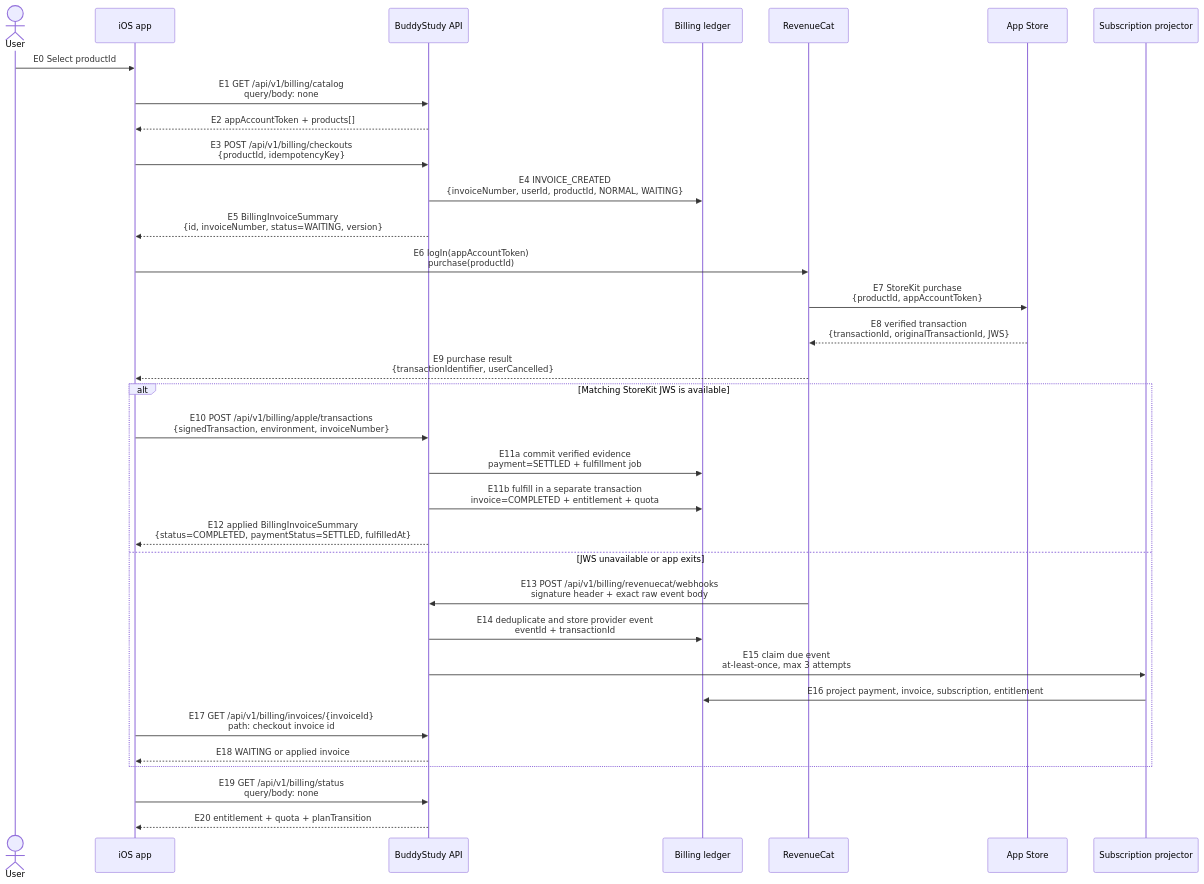
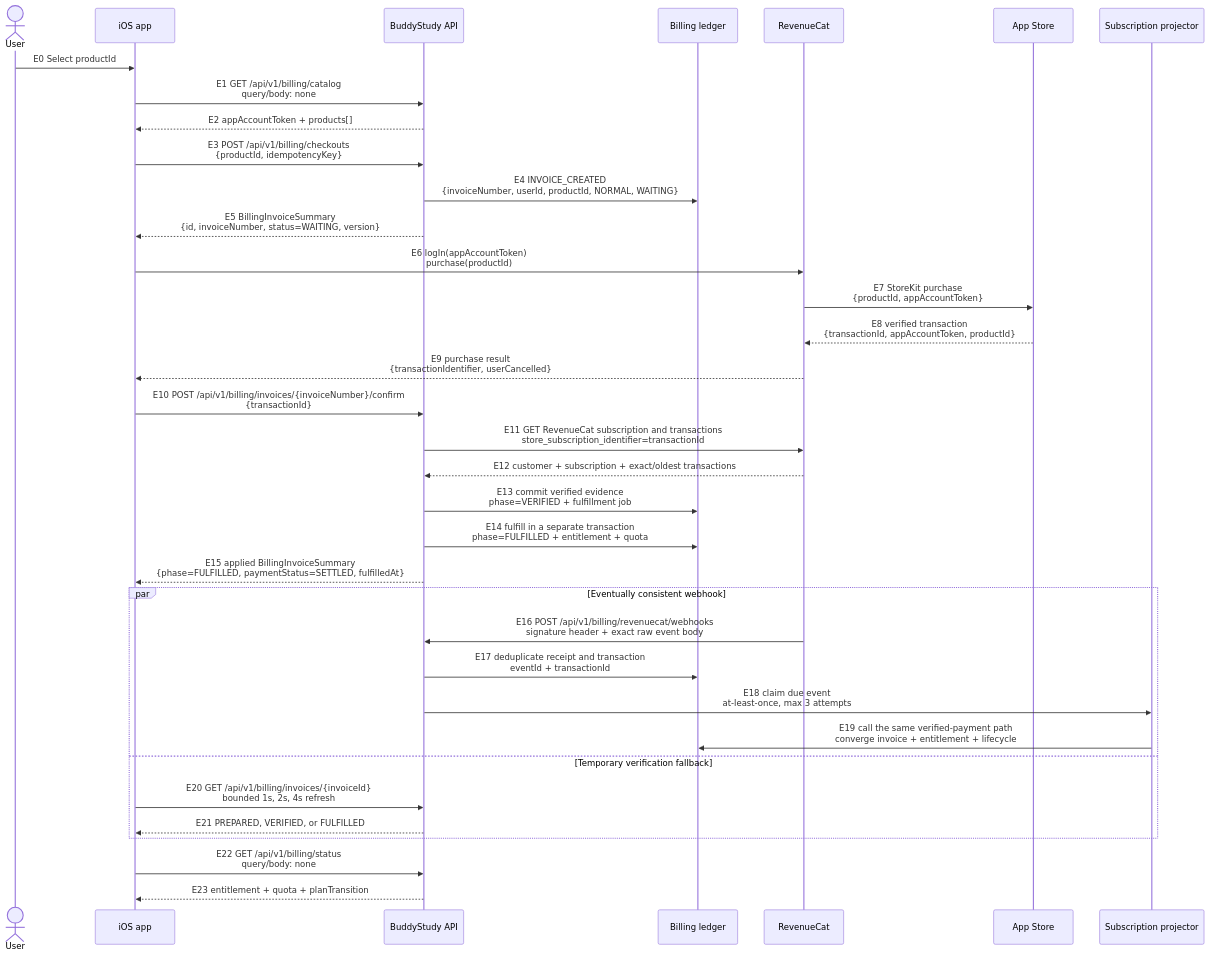
Before and after one commit to ghkdqhrbals/buddy-studdy: the diagram in docs/BILLING.md, drawn with Mermaid. The commit also changed other lines of this file and 19 other files, not shown here.

Commit message:
Implement invoice-bound RevenueCat confirmation

````diff
--- a/docs/BILLING.md
+++ b/docs/BILLING.md
@@ -189,36 +199,38 @@
 ```mermaid
 sequenceDiagram
     actor User
     participant App as iOS app
     participant API as BuddyStudy API
     participant DB as Billing ledger
     participant RC as RevenueCat
     participant Apple as App Store
     participant Worker as Subscription projector
 
     User->>App: E0 Select productId
     App->>API: E1 GET /api/v1/billing/catalog<br/>query/body: none
     API-->>App: E2 appAccountToken + products[]
     App->>API: E3 POST /api/v1/billing/checkouts<br/>{productId, idempotencyKey}
     API->>DB: E4 INVOICE_CREATED<br/>{invoiceNumber, userId, productId, NORMAL, WAITING}
     API-->>App: E5 BillingInvoiceSummary<br/>{id, invoiceNumber, status=WAITING, version}
     App->>RC: E6 logIn(appAccountToken)<br/>purchase(productId)
     RC->>Apple: E7 StoreKit purchase<br/>{productId, appAccountToken}
-    Apple-->>RC: E8 verified transaction<br/>{transactionId, originalTransactionId, JWS}
+    Apple-->>RC: E8 verified transaction<br/>{transactionId, appAccountToken, productId}
     RC-->>App: E9 purchase result<br/>{transactionIdentifier, userCancelled}
-    alt Matching StoreKit JWS is available
-        App->>API: E10 POST /api/v1/billing/apple/transactions<br/>{signedTransaction, environment, invoiceNumber}
-        API->>DB: E11a commit verified evidence<br/>payment=SETTLED + fulfillment job
-        API->>DB: E11b fulfill in a separate transaction<br/>invoice=COMPLETED + entitlement + quota
-        API-->>App: E12 applied BillingInvoiceSummary<br/>{status=COMPLETED, paymentStatus=SETTLED, fulfilledAt}
-    else JWS unavailable or app exits
-        RC->>API: E13 POST /api/v1/billing/revenuecat/webhooks<br/>signature header + exact raw event body
-        API->>DB: E14 deduplicate and store provider event<br/>eventId + transactionId
-        API->>Worker: E15 claim due event<br/>at-least-once, max 3 attempts
-        Worker->>DB: E16 project payment, invoice, subscription, entitlement
-        App->>API: E17 GET /api/v1/billing/invoices/{invoiceId}<br/>path: checkout invoice id
-        API-->>App: E18 WAITING or applied invoice
+    App->>API: E10 POST /api/v1/billing/invoices/{invoiceNumber}/confirm<br/>{transactionId}
+    API->>RC: E11 GET RevenueCat subscription and transactions<br/>store_subscription_identifier=transactionId
+    RC-->>API: E12 customer + subscription + exact/oldest transactions
+    API->>DB: E13 commit verified evidence<br/>phase=VERIFIED + fulfillment job
+    API->>DB: E14 fulfill in a separate transaction<br/>phase=FULFILLED + entitlement + quota
+    API-->>App: E15 applied BillingInvoiceSummary<br/>{phase=FULFILLED, paymentStatus=SETTLED, fulfilledAt}
+    par Eventually consistent webhook
+        RC->>API: E16 POST /api/v1/billing/revenuecat/webhooks<br/>signature header + exact raw event body
+        API->>DB: E17 deduplicate receipt and transaction<br/>eventId + transactionId
+        API->>Worker: E18 claim due event<br/>at-least-once, max 3 attempts
+        Worker->>DB: E19 call the same verified-payment path<br/>converge invoice + entitlement + lifecycle
+    and Temporary verification fallback
+        App->>API: E20 GET /api/v1/billing/invoices/{invoiceId}<br/>bounded 1s, 2s, 4s refresh
+        API-->>App: E21 PREPARED, VERIFIED, or FULFILLED
     end
-    App->>API: E19 GET /api/v1/billing/status<br/>query/body: none
-    API-->>App: E20 entitlement + quota + planTransition
+    App->>API: E22 GET /api/v1/billing/status<br/>query/body: none
+    API-->>App: E23 entitlement + quota + planTransition
 ```
````
